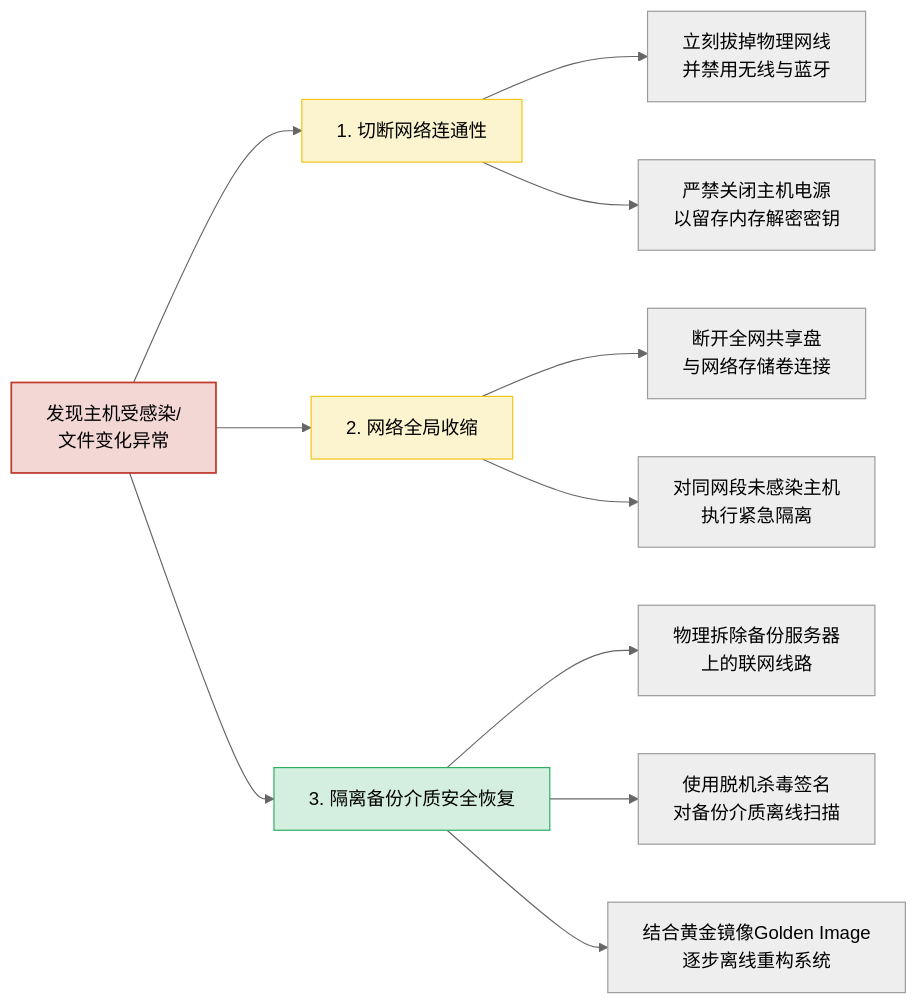
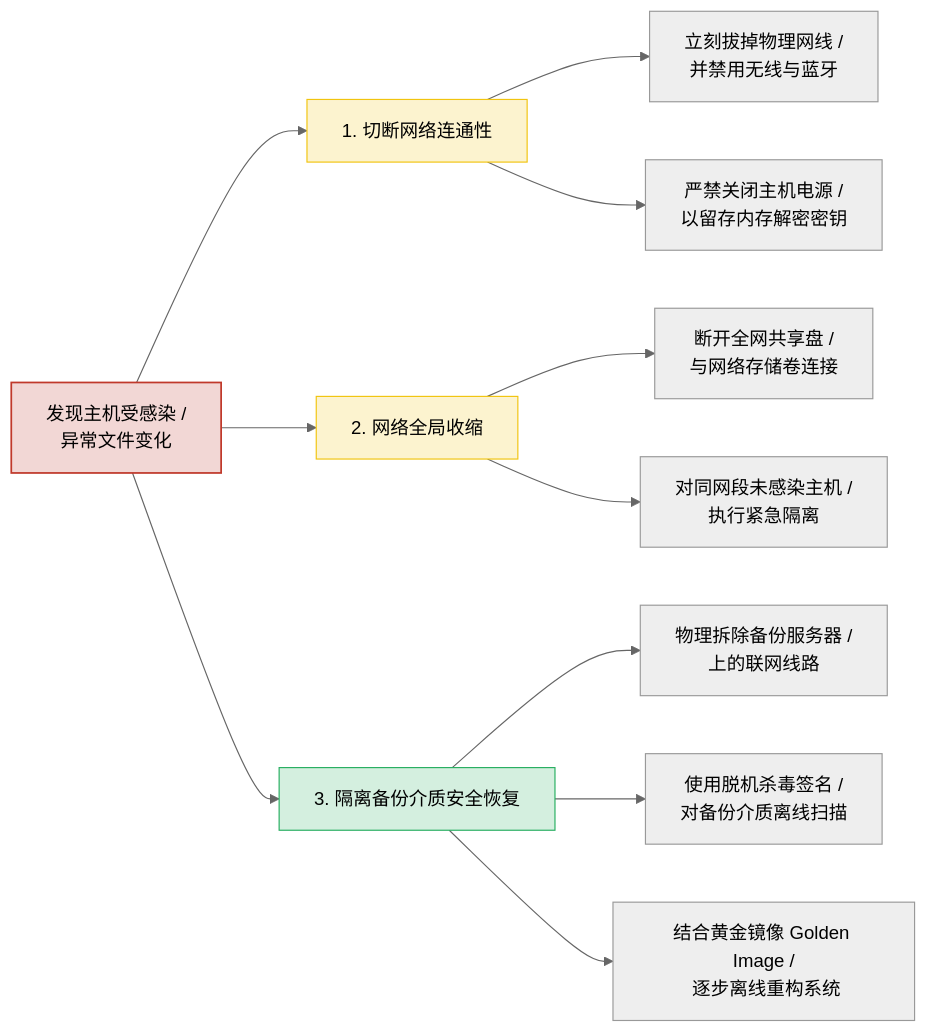
The third of 3 diagrams in 05_正式资料原文/02_AI提取与汇编/02_DarkSide勒索软件_防止业务中断最佳实践_深度精读.md (Bo331/power-data-breach-literature), drawn with Mermaid (neutral theme) before and after one commit. The commit also changed 2 other files, not shown here.

Commit message:
style: apply padding and double-quotes to all Mermaid diagrams to prevent Chinese character clipping

````diff
--- a/05_正式资料原文/02_AI提取与汇编/02_DarkSide勒索软件_防止业务中断最佳实践_深度精读.md
+++ b/05_正式资料原文/02_AI提取与汇编/02_DarkSide勒索软件_防止业务中断最佳实践_深度精读.md
@@ -89,20 +89,20 @@
 ```mermaid
 graph LR
-    A[发现主机受感染/<br/>文件变化异常] --> B[1. 切断网络连通性]
-    B --> B1[立刻拔掉物理网线<br/>并禁用无线与蓝牙]
-    B --> B2[严禁关闭主机电源<br/>以留存内存解密密钥]
+    A[" 发现主机受感染 /<br/> 异常文件变化 "] --> B[" 1. 切断网络连通性 "]
+    B --> B1[" 立刻拔掉物理网线 /<br/> 并禁用无线与蓝牙 "]
+    B --> B2[" 严禁关闭主机电源 /<br/> 以留存内存解密密钥 "]
     
-    A --> C[2. 网络全局收缩]
-    C --> C1[断开全网共享盘<br/>与网络存储卷连接]
-    C --> C2[对同网段未感染主机<br/>执行紧急隔离]
+    A --> C[" 2. 网络全局收缩 "]
+    C --> C1[" 断开全网共享盘 /<br/> 与网络存储卷连接 "]
+    C --> C2[" 对同网段未感染主机 /<br/> 执行紧急隔离 "]
     
-    A --> D[3. 隔离备份介质安全恢复]
-    D --> D1[物理拆除备份服务器<br/>上的联网线路]
-    D --> D2[使用脱机杀毒签名<br/>对备份介质离线扫描]
-    D --> D3[结合黄金镜像Golden Image<br/>逐步离线重构系统]
+    A --> D[" 3. 隔离备份介质安全恢复 "]
+    D --> D1[" 物理拆除备份服务器 /<br/> 上的联网线路 "]
+    D --> D2[" 使用脱机杀毒签名 /<br/> 对备份介质离线扫描 "]
+    D --> D3[" 结合黄金镜像 Golden Image /<br/> 逐步离线重构系统 "]
 
     style A fill:#f2d7d5,stroke:#c0392b,stroke-width:1.5px
     style B fill:#fcf3cf,stroke:#f1c40f,stroke-width:1px
     style C fill:#fcf3cf,stroke:#f1c40f,stroke-width:1px
     style D fill:#d4efdf,stroke:#27ae60,stroke-width:1px
 ```
````
